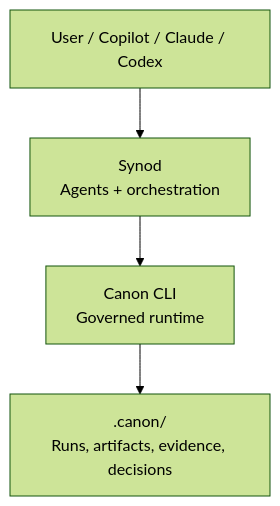
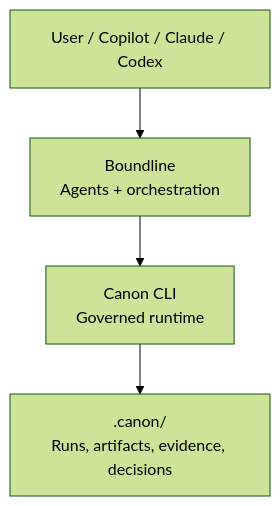
The diagram in README.md (apply-the/boundline), drawn with Mermaid (forest theme) before and after one commit. The commit also changed other lines of this file and 569 other files, not shown here.

````diff
--- a/README.md
+++ b/README.md
@@ -476,6 +347,6 @@
 ```mermaid
 flowchart TD
-	U[User / Copilot / Claude / Codex] --> S[Synod<br/>Agents + orchestration]
+	U[User / Copilot / Claude / Codex] --> S[Boundline<br/>Agents + orchestration]
 	S --> C[Canon CLI<br/>Governed runtime]
 	C --> D[.canon/<br/>Runs, artifacts, evidence, decisions]
 ```
````
